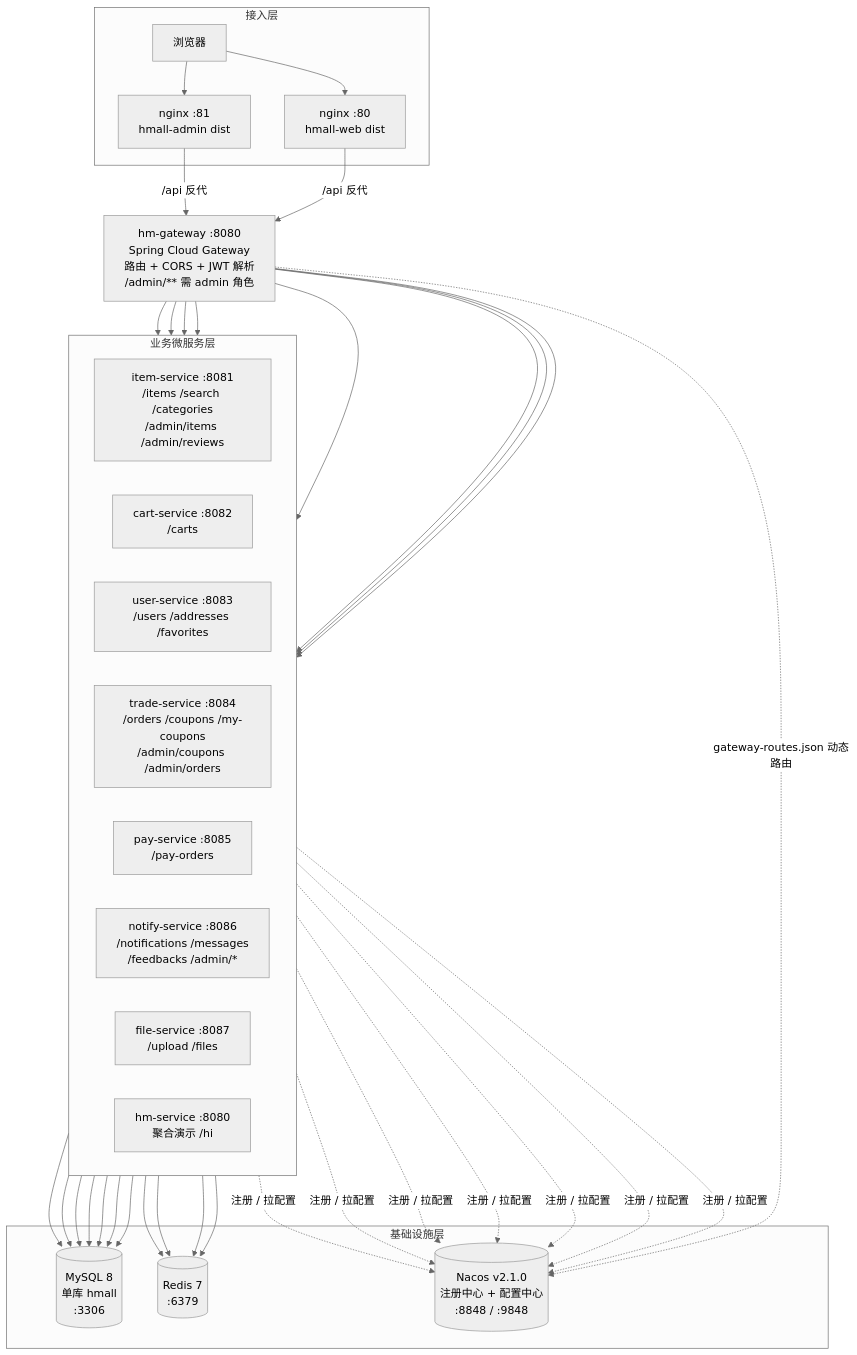
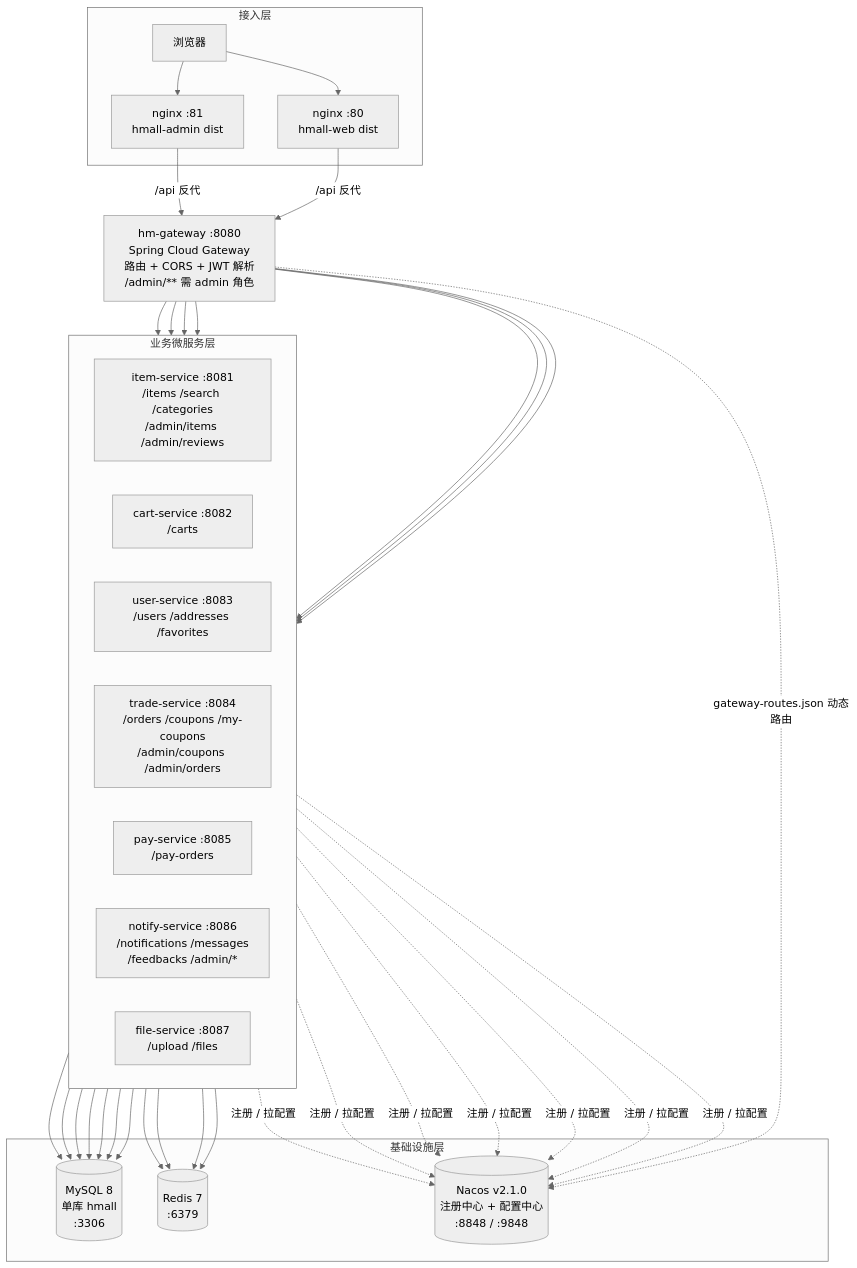
The first of 2 diagrams in docs/structure/01-system-architecture.md (3219378872/web-dev-experiment), drawn with Mermaid (neutral theme) before and after one commit. The commit also changed other lines of this file and 103 other files, not shown here.

````diff
--- a/docs/structure/01-system-architecture.md
+++ b/docs/structure/01-system-architecture.md
@@ -8,40 +8,39 @@
 ```mermaid
 flowchart TB
     subgraph L1[接入层]
         Browser[浏览器]
         WebNginx[nginx :80<br/>hmall-web dist]
         AdminNginx[nginx :81<br/>hmall-admin dist]
     end
 
     GW["hm-gateway :8080<br/>Spring Cloud Gateway<br/>路由 + CORS + JWT 解析<br/>/admin/** 需 admin 角色"]
 
     subgraph L3[业务微服务层]
         direction LR
         IS["item-service :8081<br/>/items /search /categories<br/>/admin/items /admin/reviews"]
         CS["cart-service :8082<br/>/carts"]
         US["user-service :8083<br/>/users /addresses /favorites"]
         TS["trade-service :8084<br/>/orders /coupons /my-coupons<br/>/admin/coupons /admin/orders"]
         PS["pay-service :8085<br/>/pay-orders"]
         NS["notify-service :8086<br/>/notifications /messages<br/>/feedbacks /admin/*"]
         FS["file-service :8087<br/>/upload /files"]
-        HM["hm-service :8080<br/>聚合演示 /hi"]
     end
 
     subgraph L4[基础设施层]
         DB[("MySQL 8<br/>单库 hmall<br/>:3306")]
         Redis[("Redis 7<br/>:6379")]
         Nacos[("Nacos v2.1.0<br/>注册中心 + 配置中心<br/>:8848 / :9848")]
     end
 
     Browser --> WebNginx
     Browser --> AdminNginx
     WebNginx -- "/api 反代" --> GW
     AdminNginx -- "/api 反代" --> GW
 
-    GW --> IS & CS & US & TS & PS & NS & FS & HM
+    GW --> IS & CS & US & TS & PS & NS & FS
 
     IS & CS & US & TS & PS & NS & FS --> DB
     IS & CS & US & TS --> Redis
     IS & CS & US & TS & PS & NS & FS -. "注册 / 拉配置" .-> Nacos
     GW -. "gateway-routes.json 动态路由" .-> Nacos
 ```
````
